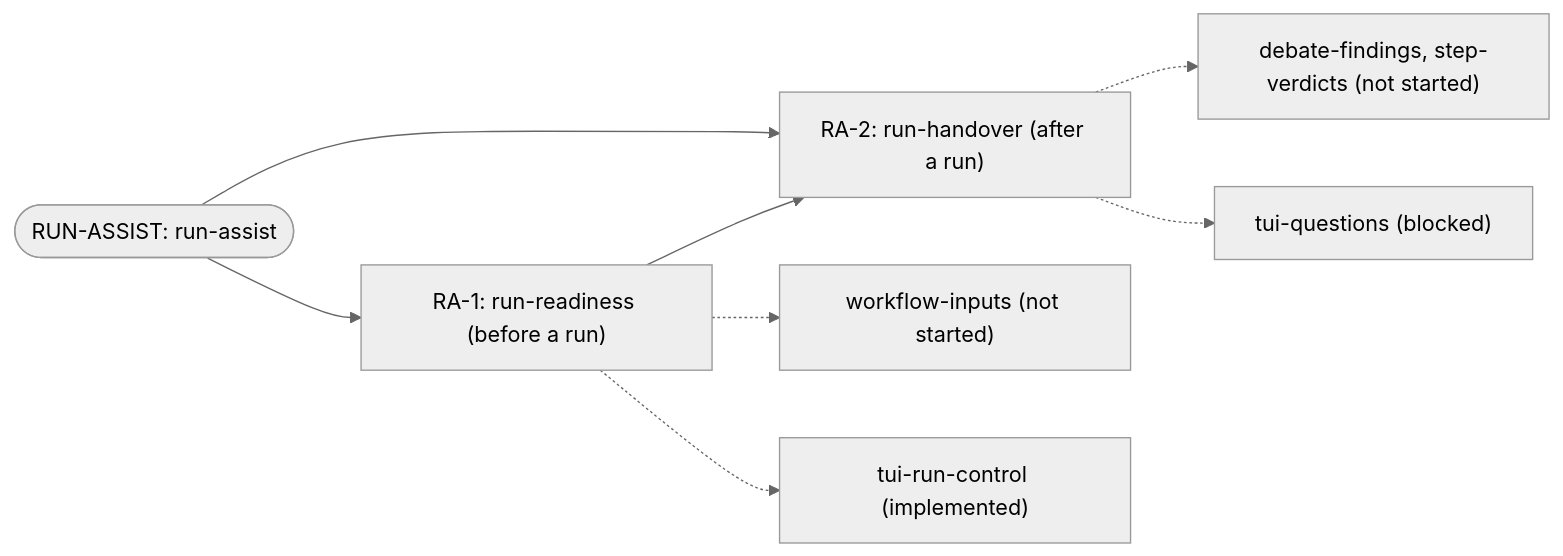
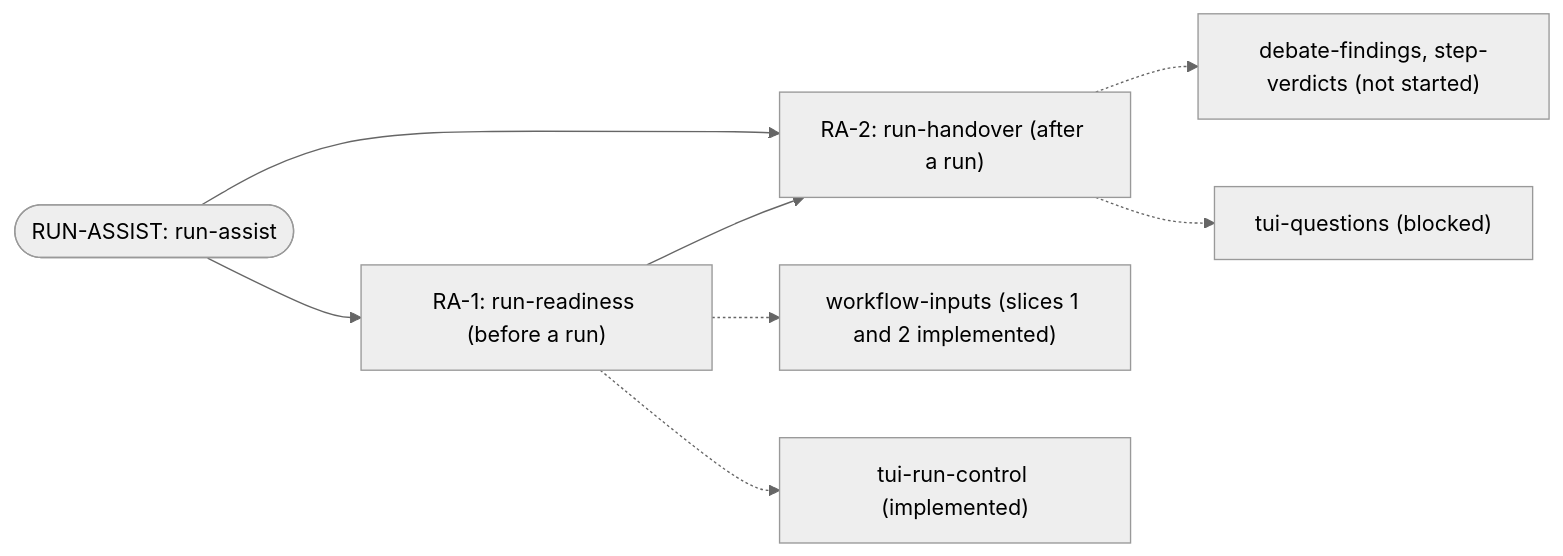
The fifth of 5 diagrams in specs/DEPENDENCY_MAP.md (yaotzin1/indaba), drawn with Mermaid (neutral theme) before and after one commit. The commit also changed other lines of this file, not shown here.

````diff
--- a/specs/DEPENDENCY_MAP.md
+++ b/specs/DEPENDENCY_MAP.md
@@ -237,12 +246,12 @@
 ```mermaid
 graph LR
     Epic(["RUN-ASSIST: run-assist"])
     R1["RA-1: run-readiness (before a run)"]
     R2["RA-2: run-handover (after a run)"]
     Epic --> R1 & R2
     R1 --> R2
-    R1 -.-> WI["workflow-inputs (not started)"]
+    R1 -.-> WI["workflow-inputs (slices 1 and 2 implemented)"]
     R1 -.-> RC["tui-run-control (implemented)"]
     R2 -.-> DF["debate-findings, step-verdicts (not started)"]
     R2 -.-> TQ["tui-questions (blocked)"]
 ```
````
